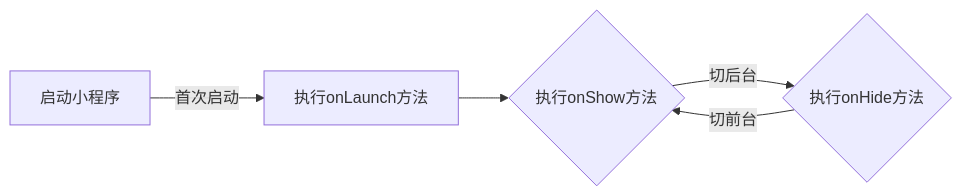
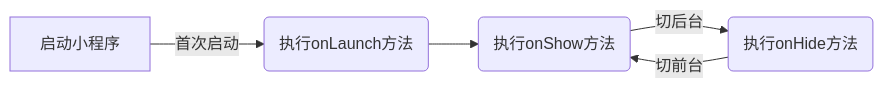
One commit to shmchen/shmchen.github.io changed the second of 8 diagrams in _posts/2018-12-08-微信小程序之生命周期.md. Above: the diagram before and after it, drawn with Mermaid. The commit also changed other lines of this file and 1 other file, not shown here.

```diff
--- a/_posts/2018-12-08-微信小程序之生命周期.md
+++ b/_posts/2018-12-08-微信小程序之生命周期.md
@@ -53,7 +53,7 @@
 <div class='mermaid'>
 graph LR
-start[启动小程序] -- 首次启动 --> launch[执行onLaunch方法]
-launch --> show{执行onShow方法}
-show -- 切后台 --> hide{执行onHide方法}
+start[启动小程序] -- 首次启动 --> launch(执行onLaunch方法)
+launch --> show(执行onShow方法)
+show -- 切后台 --> hide(执行onHide方法)
 hide -- 切前台 --> show
 </div>
```
